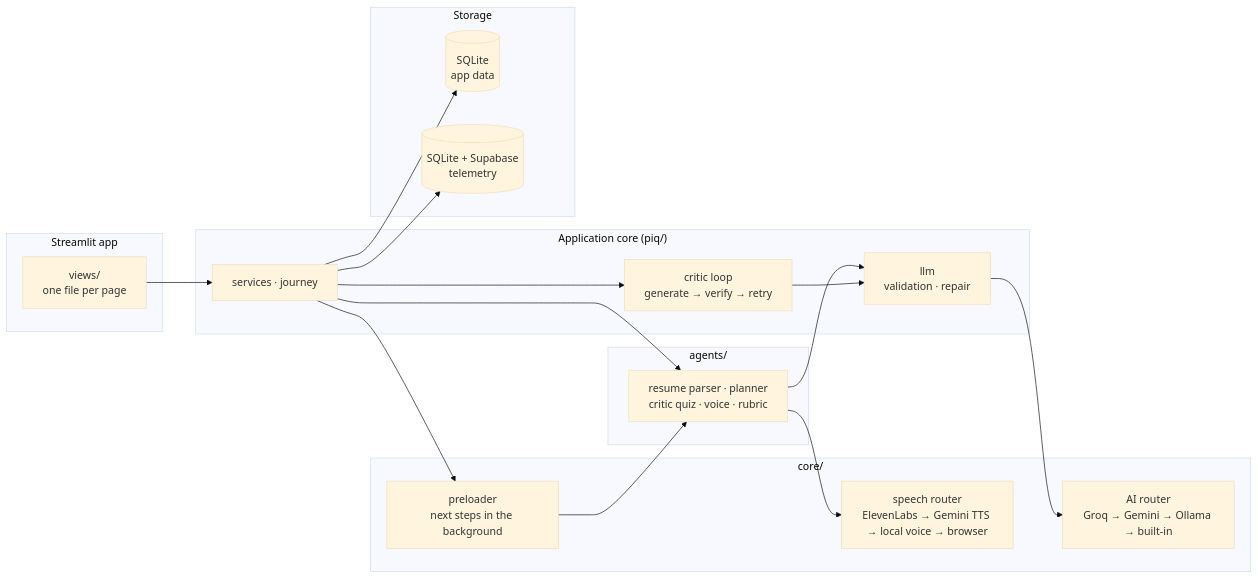
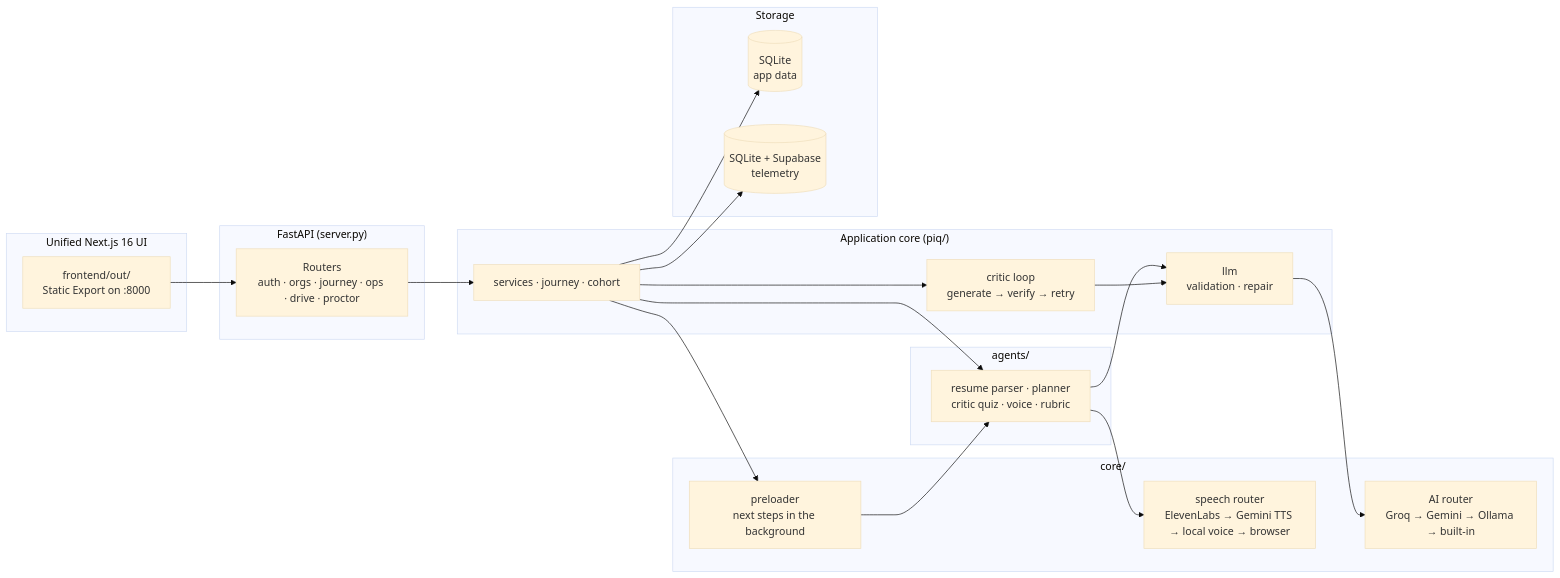
One commit to prajwalparish-git/Skill-Scout-Nexus changed the diagram in README.md. Above: the diagram before and after it, drawn with Mermaid (base theme). The commit also changed other lines of this file and 47 other files, not shown here.

First line of the commit message:
feat: unified Next.js + FastAPI app on one port, journey and org-admin pages

````diff
--- a/README.md
+++ b/README.md
@@ -274,31 +282,35 @@
 ```mermaid
 flowchart LR
-    subgraph UI["Streamlit app"]
-        V["views/<br/>one file per page"]
+    subgraph UI["Unified Next.js 16 UI"]
+        V["frontend/out/<br/>Static Export on :8000"]
+    end
+    subgraph API["FastAPI (server.py)"]
+        RT["Routers<br/>auth · orgs · journey · ops · drive · proctor"]
     end
     subgraph Core["Application core (piq/)"]
-        S["services · journey"]
+        S["services · journey · cohort"]
         G["critic loop<br/>generate → verify → retry"]
         L["llm<br/>validation · repair"]
     end
     subgraph Agents["agents/"]
         A["resume parser · planner<br/>critic quiz · voice · rubric"]
     end
     subgraph Routers["core/"]
         R["AI router<br/>Groq → Gemini → Ollama → built-in"]
         SP["speech router<br/>ElevenLabs → Gemini TTS → local voice → browser"]
         PL["preloader<br/>next steps in the background"]
     end
     subgraph Data["Storage"]
         DB[("SQLite<br/>app data")]
         T[("SQLite + Supabase<br/>telemetry")]
     end
-    V --> S
+    V --> RT
+    RT --> S
     S --> A
     S --> PL --> A
     S --> G --> L --> R
     A --> L
     A --> SP
     S --> DB
     S --> T
 ```
````
